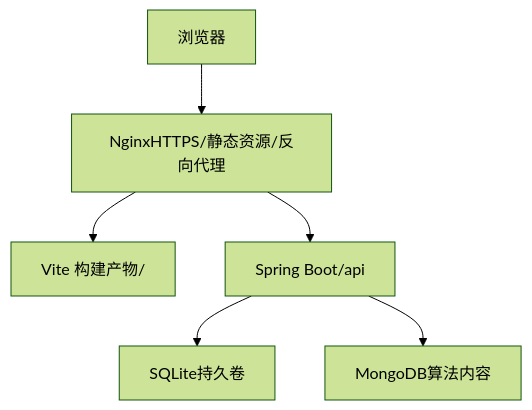
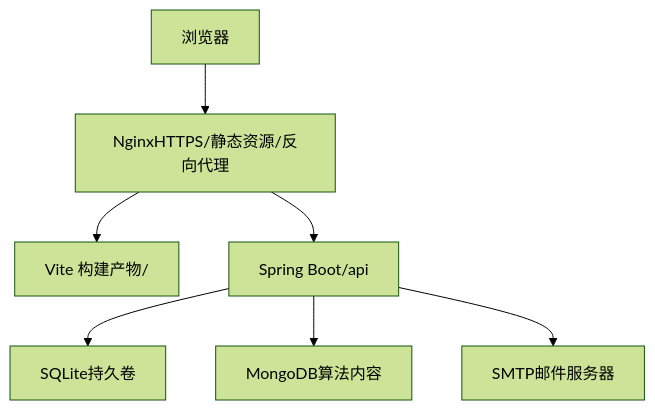
The second of 5 diagrams in .qoder/repowiki/zh/content/部署与配置/部署与配置.md (huangman881112/aiforip), drawn with Mermaid (forest theme) before and after one commit. The commit also changed other lines of this file and 98 other files, not shown here.

````diff
--- a/.qoder/repowiki/zh/content/部署与配置/部署与配置.md
+++ b/.qoder/repowiki/zh/content/部署与配置/部署与配置.md
@@ -91,14 +107,16 @@
 ```mermaid
 graph TB
 Client["浏览器"]
 Nginx["NginxHTTPS/静态资源/反向代理"]
 FE["Vite 构建产物/"]
 BE["Spring Boot/api"]
 SQL["SQLite持久卷"]
 MD["MongoDB算法内容"]
+SMTP["SMTP邮件服务器"]
 Client --> Nginx
 Nginx --> FE
 Nginx --> BE
 BE --> SQL
 BE --> MD
+BE --> SMTP
 ```
````
